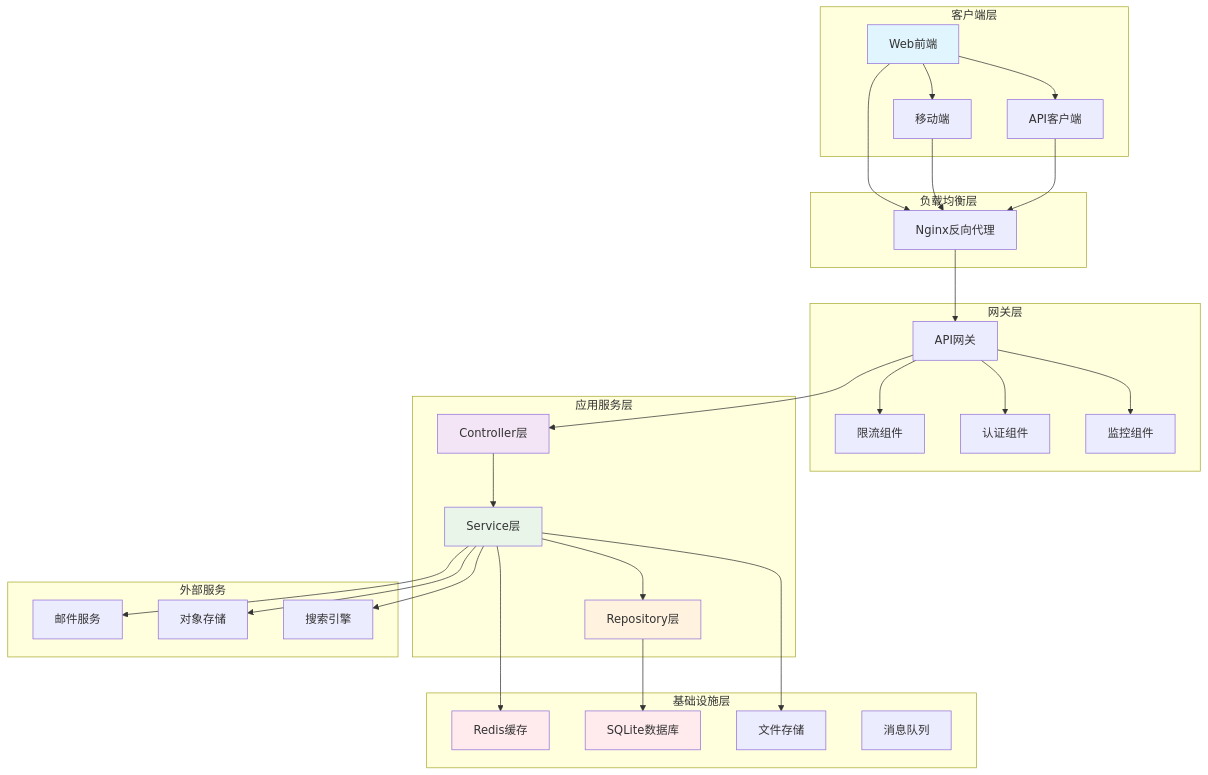
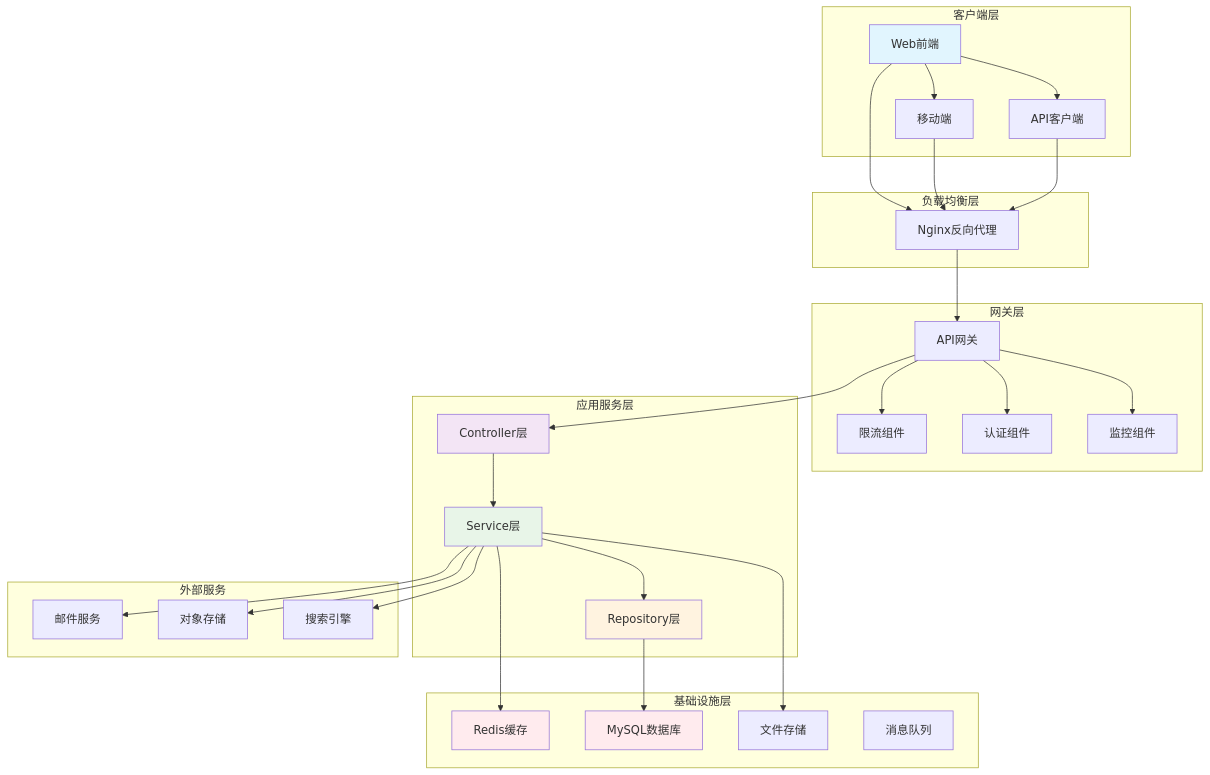
Before and after one commit to UchihaYe/springboot_master_team_knowledge_base: the first of 30 diagrams in docs/详细设计说明书.md, drawn with Mermaid. The commit also changed other lines of this file and 54 other files, not shown here.

````diff
--- a/docs/详细设计说明书.md
+++ b/docs/详细设计说明书.md
@@ -49,58 +49,58 @@
 ```mermaid
 graph TB
     subgraph "客户端层"
         A[Web前端] --> B[移动端]
         A --> C[API客户端]
     end
 
     subgraph "负载均衡层"
         D[Nginx反向代理]
     end
 
     subgraph "网关层"
         E[API网关]
         E --> F[限流组件]
         E --> G[认证组件]
         E --> H[监控组件]
     end
 
     subgraph "应用服务层"
         I[Controller层]
         J[Service层]
         K[Repository层]
     end
 
     subgraph "基础设施层"
         L[Redis缓存]
-        M[SQLite数据库]
+        M[MySQL数据库]
         N[文件存储]
         O[消息队列]
     end
 
     subgraph "外部服务"
         P[邮件服务]
         Q[对象存储]
         R[搜索引擎]
     end
 
     A --> D
     B --> D
     C --> D
     D --> E
     E --> I
     I --> J
     J --> K
     K --> M
     J --> L
     J --> N
     J --> P
     J --> Q
     J --> R
 
     style A fill:#e1f5fe
     style I fill:#f3e5f5
     style J fill:#e8f5e8
     style K fill:#fff3e0
     style L fill:#ffebee
     style M fill:#ffebee
 ```
````
